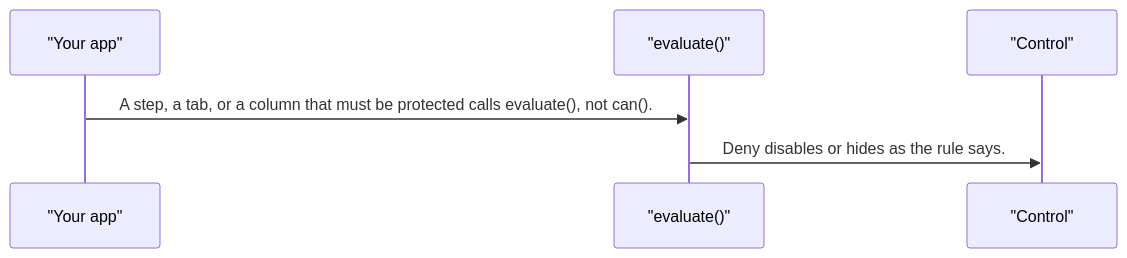
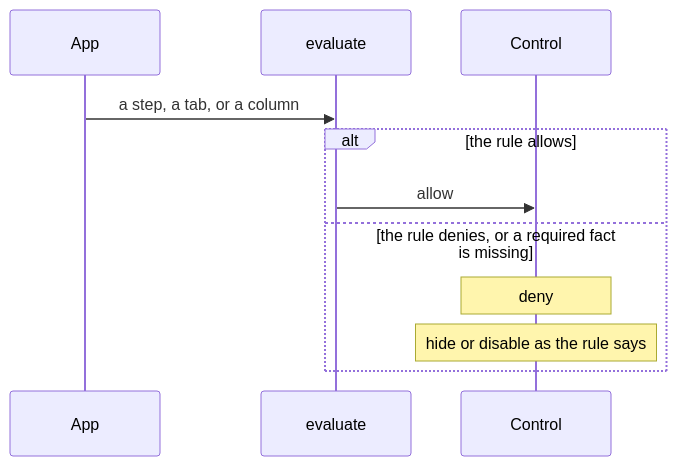
The third of 5 diagrams in projects/pixel-ui/src/lib/services/authorization/DESIGN.md (RajshekharBorate/pixel-ui), drawn with Mermaid before and after one commit. The commit also changed other lines of this file and 73 other files, not shown here.

Commit message:
Explain who owns each value and what each flow does in every component and service design.

````diff
--- a/projects/pixel-ui/src/lib/services/authorization/DESIGN.md
+++ b/projects/pixel-ui/src/lib/services/authorization/DESIGN.md
@@ -74,8 +103,13 @@
 ```mermaid
 sequenceDiagram
-  participant app as "Your app"
-  participant pep as "evaluate()"
-  participant control as "Control"
-  app->>pep: A step, a tab, or a column that must be protected calls evaluate(), not can().
-  pep->>control: Deny disables or hides as the rule says.
+  participant App
+  participant Gate as evaluate
+  participant Control
+  App->>Gate: a step, a tab, or a column
+  alt the rule allows
+    Gate->>Control: allow
+  else the rule denies, or a required fact is missing
+    Note over Control: deny
+    Note over Control: hide or disable as the rule says
+  end
 ```
````
